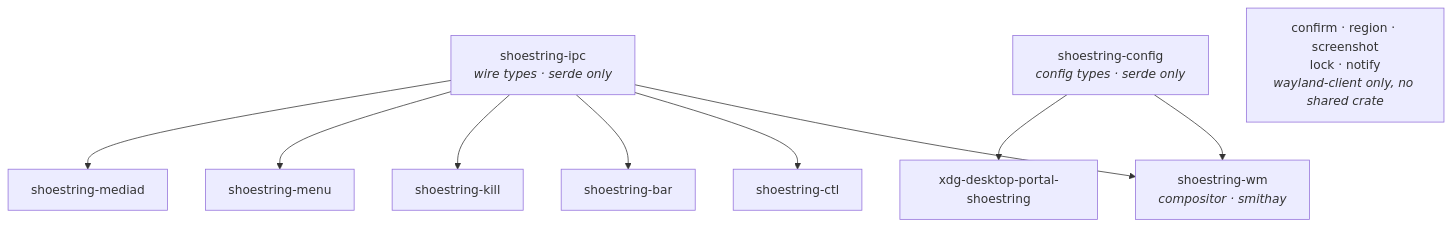
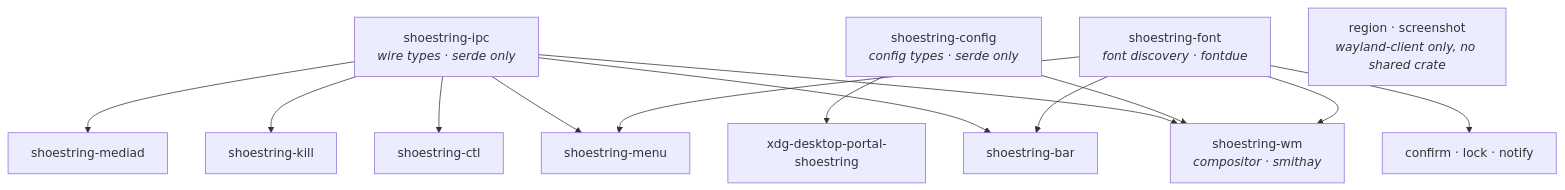
One commit to szarta/shoestring-wm changed the second of 3 diagrams in docs/architecture.md. Above: the diagram before and after it, drawn with Mermaid. The commit also changed other lines of this file and 25 other files, not shown here.

First line of the commit message:
font: share one font finder across the WM and helpers (shoestring-wm 44)

````diff
--- a/docs/architecture.md
+++ b/docs/architecture.md
@@ -119,16 +119,22 @@
 ```mermaid
 flowchart TD
     ipc["shoestring-ipc<br/><i>wire types · serde only</i>"]
     config["shoestring-config<br/><i>config types · serde only</i>"]
 
     ipc --> wm["shoestring-wm<br/><i>compositor · smithay</i>"]
     config --> wm
     ipc --> ctl["shoestring-ctl"]
     ipc --> bar["shoestring-bar"]
     ipc --> kill["shoestring-kill"]
     ipc --> menu["shoestring-menu"]
     ipc --> mediad["shoestring-mediad"]
     config --> portal["xdg-desktop-portal-shoestring"]
 
-    standalone["confirm · region · screenshot<br/>lock · notify<br/><i>wayland-client only, no shared crate</i>"]
+    font["shoestring-font<br/><i>font discovery · fontdue</i>"]
+    font --> wm
+    font --> bar
+    font --> menu
+    font --> textonly["confirm · lock · notify"]
+
+    standalone["region · screenshot<br/><i>wayland-client only, no shared crate</i>"]
 ```
````
